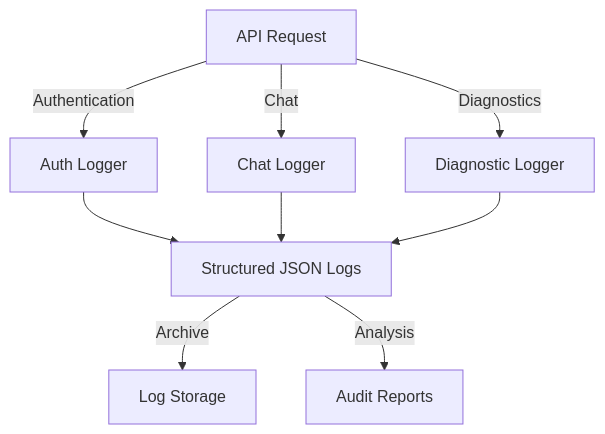
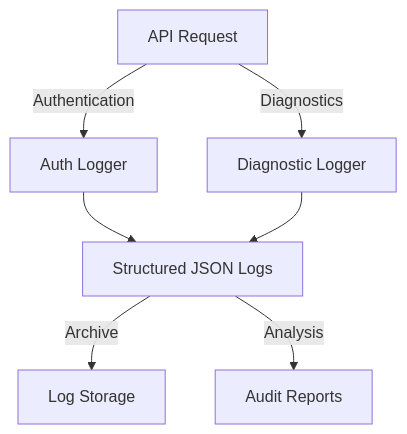
The second of 3 diagrams in docs/ARCHITECTURE.md (nannyagent/nannyapi), drawn with Mermaid before and after one commit. The commit also changed other lines of this file and 21 other files, not shown here.

````diff
--- a/docs/ARCHITECTURE.md
+++ b/docs/ARCHITECTURE.md
@@ -67,11 +61,9 @@
 ```mermaid
 graph TD
     A[API Request] -->|Authentication| B[Auth Logger]
-    A -->|Chat| C[Chat Logger]
     A -->|Diagnostics| D[Diagnostic Logger]
     B --> E[Structured JSON Logs]
-    C --> E
     D --> E
     E -->|Archive| F[Log Storage]
     E -->|Analysis| G[Audit Reports]
 ```
````
